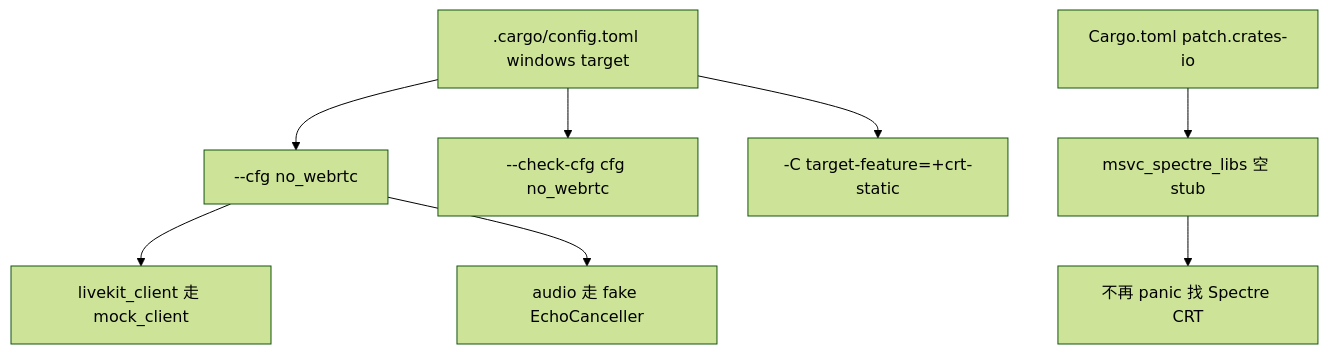
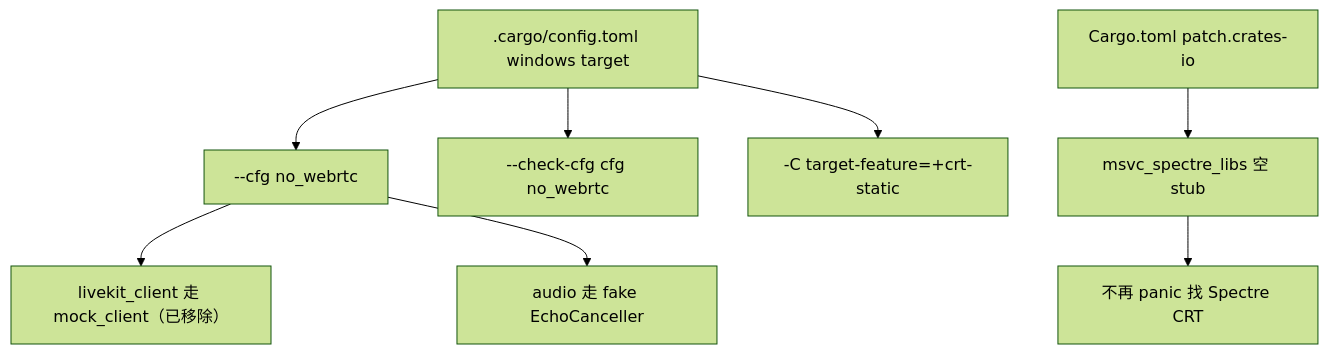
Before and after one commit to rzhangjing/zed: the diagram in wiki/Building-on-Windows.md, drawn with Mermaid (forest theme). The commit also changed other lines of this file and 50 other files, not shown here.

````diff
--- a/wiki/Building-on-Windows.md
+++ b/wiki/Building-on-Windows.md
@@ -18,10 +18,10 @@
 ```mermaid
 graph TB
     CFG[.cargo/config.toml windows target] --> A[--cfg no_webrtc]
     CFG --> B[--check-cfg cfg no_webrtc]
     CFG --> C[-C target-feature=+crt-static]
-    A --> LK[livekit_client 走 mock_client]
+    A --> LK["livekit_client 走 mock_client（已移除）"]
     A --> AU[audio 走 fake EchoCanceller]
     PATCH[Cargo.toml patch.crates-io] --> SP[msvc_spectre_libs 空 stub]
     SP --> NOERR[不再 panic 找 Spectre CRT]
 ```
````
